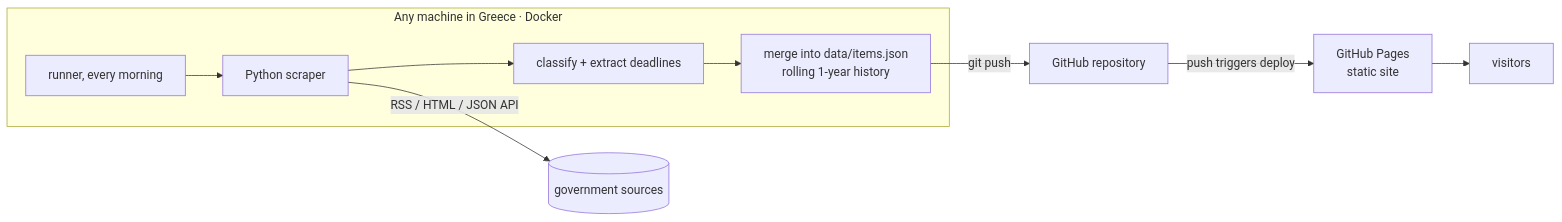
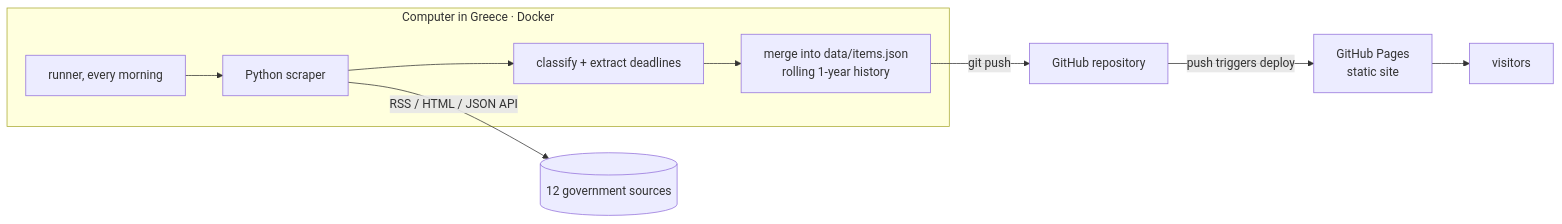
One commit to ThanosTheodorakis/kyrbeis changed the diagram in README.md. Above: the diagram before and after it, drawn with Mermaid. The commit also changed other lines of this file, not shown here.

````diff
--- a/README.md
+++ b/README.md
@@ -32,12 +31,12 @@
 ```mermaid
 flowchart LR
-    subgraph PC[Any machine in Greece · Docker]
+    subgraph PC[Computer in Greece · Docker]
       A[runner, every morning] --> B[Python scraper]
       B --> D[classify + extract deadlines]
       D --> E[merge into data/items.json<br/>rolling 1-year history]
     end
-    B -->|RSS / HTML / JSON API| C[(government sources)]
+    B -->|RSS / HTML / JSON API| C[(12 government sources)]
     E -->|git push| G[GitHub repository]
     G -->|push triggers deploy| H[GitHub Pages<br/>static site]
     H --> V[visitors]
 ```
````
